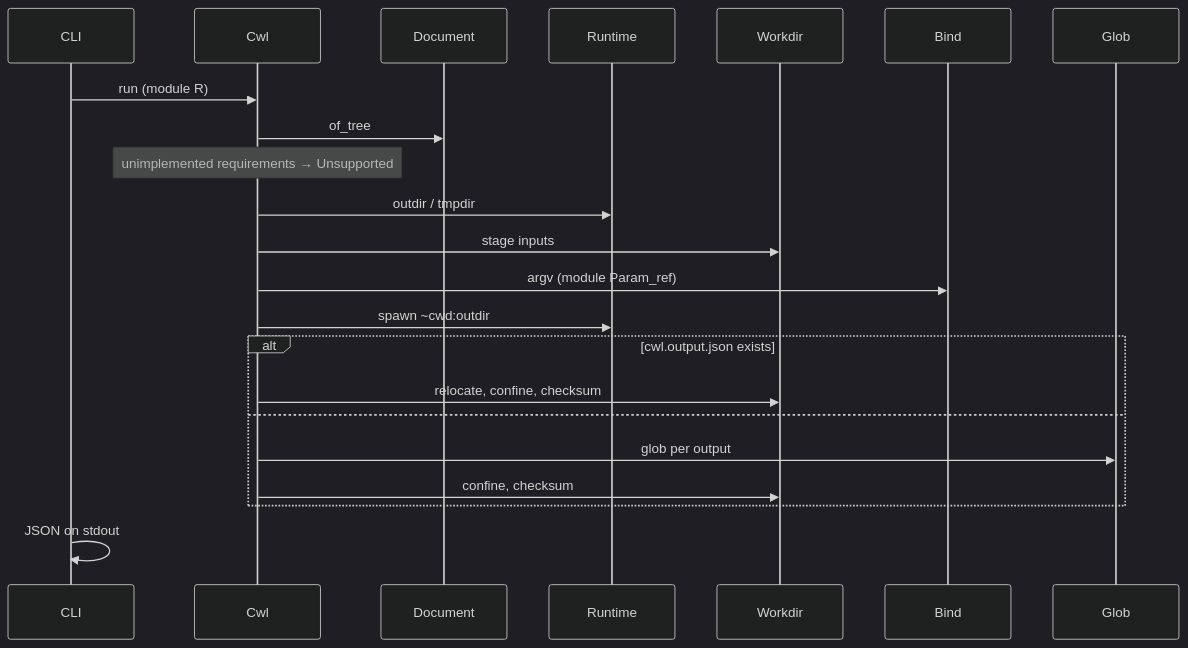
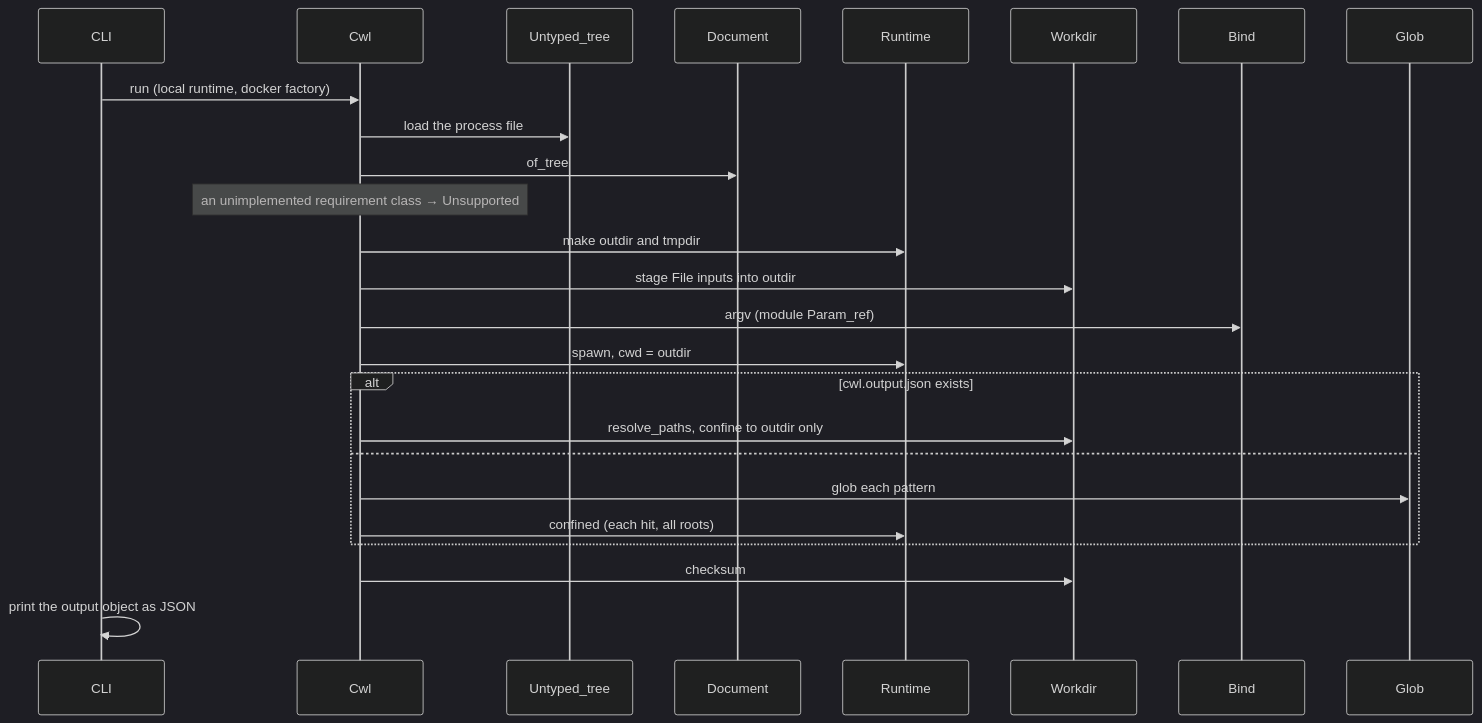
Before and after one commit to vjaganat90/caml-cwl-runner: the diagram in design_docs/runner.md, drawn with Mermaid (dark theme). The commit also changed other lines of this file, not shown here.

First line of the commit message:
docs: Rewrite the architecture doc and add recipes for common changes

````diff
--- a/design_docs/runner.md
+++ b/design_docs/runner.md
@@ -130,24 +83,27 @@
 ```mermaid
 sequenceDiagram
   participant CLI
   participant Cwl
+  participant Untyped_tree
   participant Document
   participant Runtime
   participant Workdir
   participant Bind
   participant Glob
-  CLI->>Cwl: run (module R)
+  CLI->>Cwl: run (local runtime, docker factory)
+  Cwl->>Untyped_tree: load the process file
   Cwl->>Document: of_tree
-  Note over Cwl: unimplemented requirements → Unsupported
-  Cwl->>Runtime: outdir / tmpdir
-  Cwl->>Workdir: stage inputs
+  Note over Cwl: an unimplemented requirement class → Unsupported
+  Cwl->>Runtime: make outdir and tmpdir
+  Cwl->>Workdir: stage File inputs into outdir
   Cwl->>Bind: argv (module Param_ref)
-  Cwl->>Runtime: spawn ~cwd:outdir
+  Cwl->>Runtime: spawn, cwd = outdir
   alt cwl.output.json exists
-    Cwl->>Workdir: relocate, confine, checksum
+    Cwl->>Workdir: resolve_paths, confine to outdir only
   else
-    Cwl->>Glob: glob per output
-    Cwl->>Workdir: confine, checksum
+    Cwl->>Glob: glob each pattern
+    Cwl->>Runtime: confined (each hit, all roots)
   end
-  CLI->>CLI: JSON on stdout
+  Cwl->>Workdir: checksum
+  CLI->>CLI: print the output object as JSON
 ```
````
